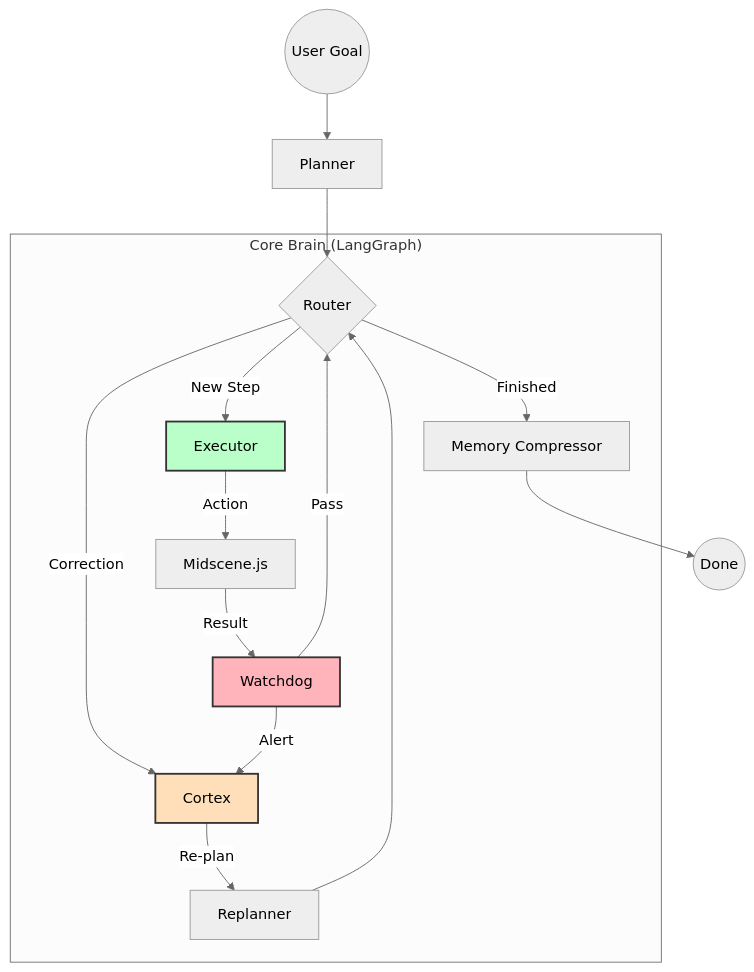
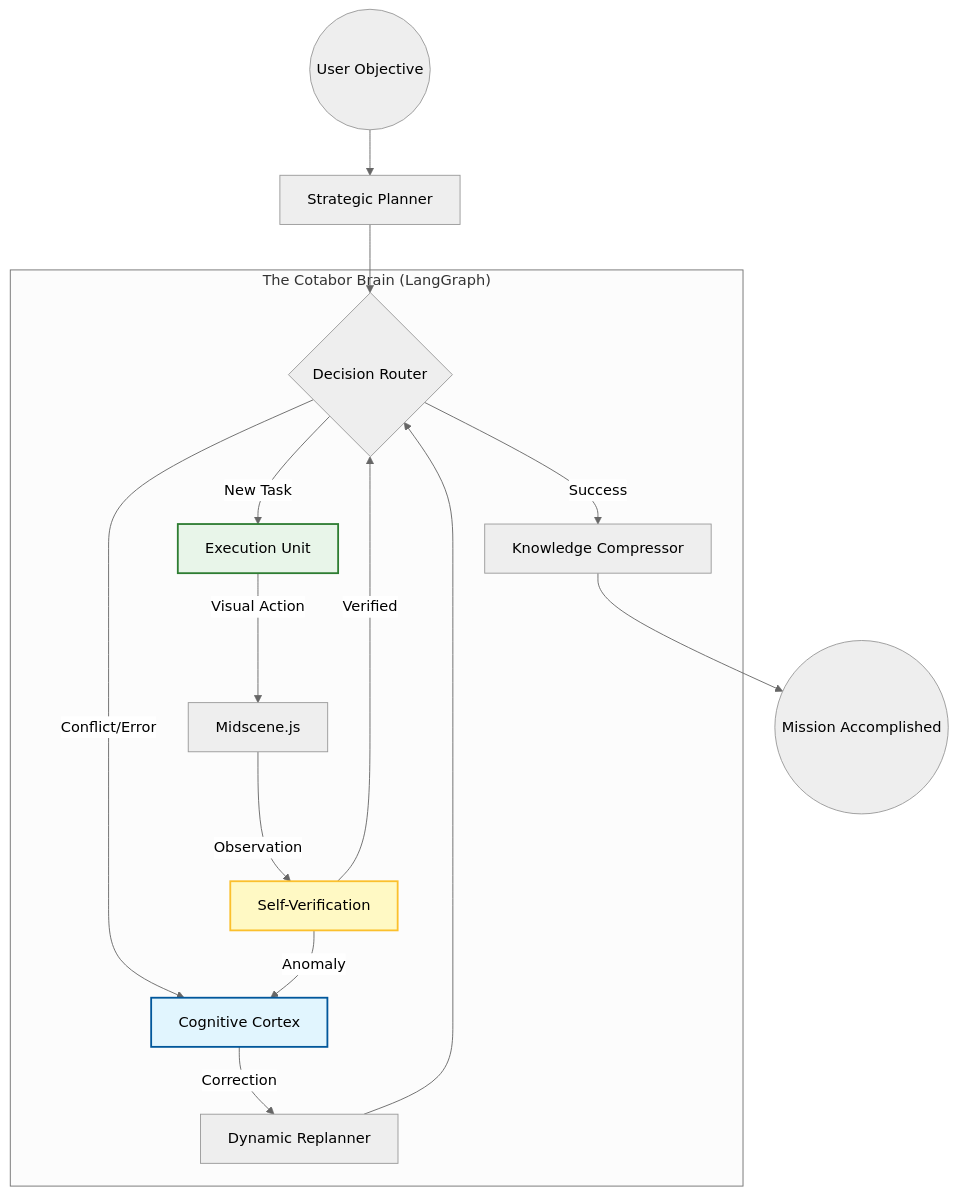
Before and after one commit to AngusTarsWong/CoTabor: the diagram in README.md, drawn with Mermaid (neutral theme). The commit also changed other lines of this file and 24 other files, not shown here.

````diff
--- a/README.md
+++ b/README.md
@@ -33,26 +29,27 @@
 ```mermaid
 graph TD
-    Start((User Goal)) --> Planner[Planner]
-    Planner --> Router{Router}
+    Start((User Objective)) --> Planner[Strategic Planner]
+    Planner --> Router{Decision Router}
     
-    subgraph "Core Brain (LangGraph)"
-        Router -- "New Step" --> Executor[Executor]
-        Router -- "Correction" --> Cortex[Cortex]
-        Router -- "Finished" --> Memory[Memory Compressor]
+    subgraph "The Cotabor Brain (LangGraph)"
+        Router -- "New Task" --> Executor[Execution Unit]
+        Router -- "Conflict/Error" --> Cortex[Cognitive Cortex]
+        Router -- "Success" --> Memory[Knowledge Compressor]
         
-        Executor -- "Action" --> Midscene[Midscene.js]
-        Midscene -- "Result" --> Watchdog[Watchdog]
+        Executor -- "Visual Action" --> Midscene[Midscene.js]
+        Midscene -- "Observation" --> Watchdog[Self-Verification]
         
-        Watchdog -- "Pass" --> Router
-        Watchdog -- "Alert" --> Cortex
+        Watchdog -- "Verified" --> Router
+        Watchdog -- "Anomaly" --> Cortex
         
-        Cortex -- "Re-plan" --> Replanner[Replanner]
+        Cortex -- "Correction" --> Replanner[Dynamic Replanner]
         Replanner --> Router
     end
     
-    Memory --> End((Done))
+    Memory --> End((Mission Accomplished))
     
-    style Cortex fill:#ffdfba,stroke:#333,stroke-width:2px
-    style Watchdog fill:#ffb3ba,stroke:#333,stroke-width:2px
-    style Executor fill:#baffc9,stroke:#333,stroke-width:2px
+    style Cortex fill:#e1f5fe,stroke:#01579b,stroke-width:2px
+    style Watchdog fill:#fff9c4,stroke:#fbc02d,stroke-width:2px
+    style Executor fill:#e8f5e9,stroke:#2e7d32,stroke-width:2px
+
 ```
````
